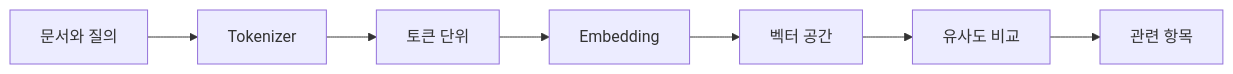
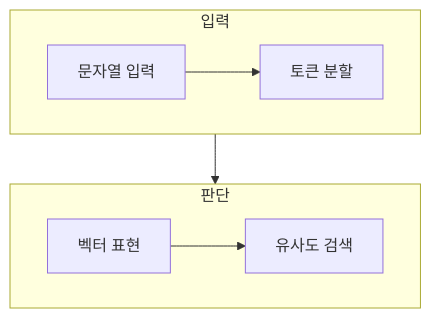
Before and after one commit to umyunsang/edu: the diagram in ComputerScience/03_ai-ml-data/large-language-models/notes/OpenAI API 106. Tokenizer와 Embedding.md, drawn with Mermaid. The commit also changed other lines of this file and 12 other files, not shown here.

````diff
--- a/ComputerScience/03_ai-ml-data/large-language-models/notes/OpenAI API 106. Tokenizer와 Embedding.md
+++ b/ComputerScience/03_ai-ml-data/large-language-models/notes/OpenAI API 106. Tokenizer와 Embedding.md
@@ -21,9 +24,12 @@
 ```mermaid
-flowchart LR
-  A["문서와 질의"] --> B["Tokenizer"]
-  B --> C["토큰 단위"]
-  C --> D["Embedding"]
-  D --> E["벡터 공간"]
-  E --> F["유사도 비교"]
-  F --> G["관련 항목"]
+flowchart TB
+    subgraph Input[입력]
+        direction LR
+        A[문자열 입력] --> B[토큰 분할]
+    end
+    subgraph Decision[판단]
+        direction LR
+        C[벡터 표현] --> D[유사도 검색]
+    end
+    B --> C
 ```
````
